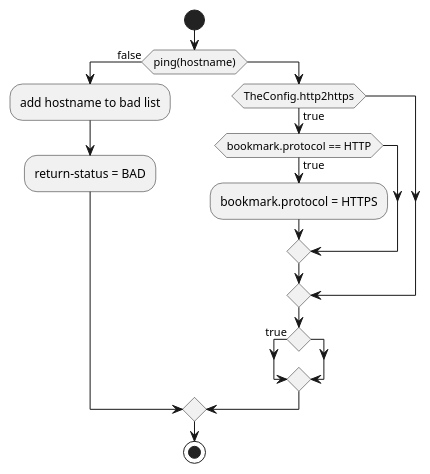
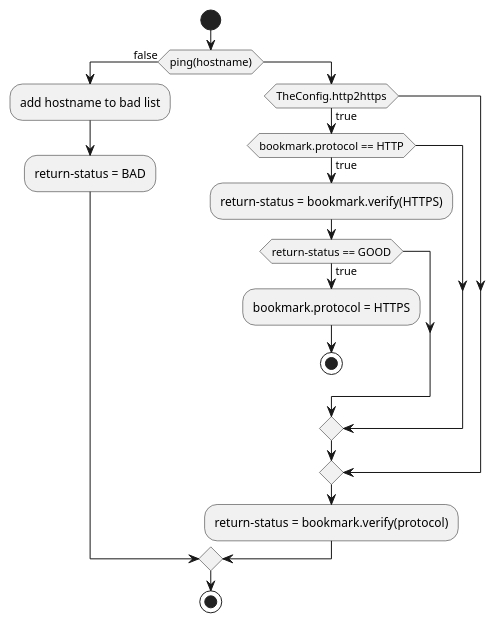
The diagram in source/BookMarks/Docs/verify.puml (thebuzzstop/StateEngineCrank), drawn with PlantUML before and after one commit.

Commit message:
Checkpoint: update verify-uml activity diagram

```diff
--- a/source/BookMarks/Docs/verify.puml
+++ b/source/BookMarks/Docs/verify.puml
@@ -1,20 +1,22 @@
 @startuml
 'https://plantuml.com/activity-diagram-beta
 
 start
 
 if (ping(hostname)) then (false)
     :add hostname to bad list;
     :return-status = BAD;
 else
     if (TheConfig.http2https) then (true)
         if (bookmark.protocol == HTTP) then (true)
-            :bookmark.protocol = HTTPS;
+            :return-status = bookmark.verify(HTTPS);
+            if (return-status == GOOD) then (true)
+                :bookmark.protocol = HTTPS;
+                stop
+            endif
         endif
     endif
-    if () then (true)
-    endif
+    :return-status = bookmark.verify(protocol);
 endif
 stop
-
 @enduml
```
